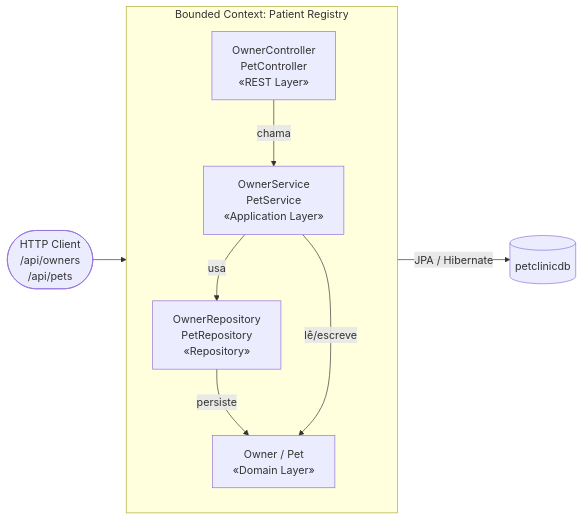
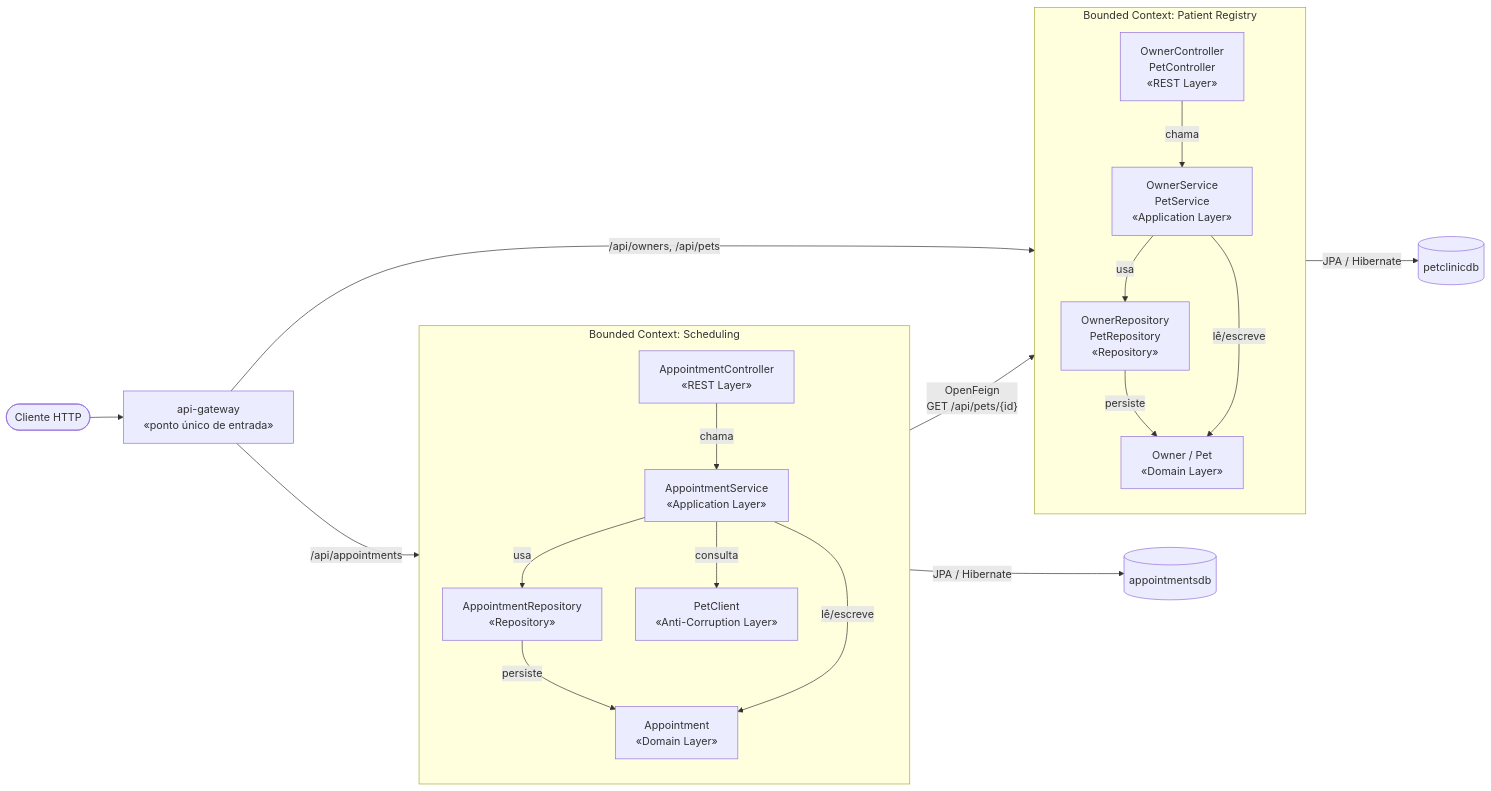
Before and after one commit to infnet-antonio-lemos/projeto-bloco-softwares-escalaveis: the third of 3 diagrams in docs/ddd-context-map.md, drawn with Mermaid. The commit also changed other lines of this file and 69 other files, not shown here.

````diff
--- a/docs/ddd-context-map.md
+++ b/docs/ddd-context-map.md
@@ -101,18 +178,39 @@
 ```mermaid
 flowchart LR
-    subgraph BC["Bounded Context: Patient Registry"]
+    HTTP(["Cliente HTTP"]) --> GW["api-gateway\n«ponto único de entrada»"]
+
+    subgraph BC1["Bounded Context: Patient Registry"]
         direction TB
         C["OwnerController\nPetController\n«REST Layer»"]
         S["OwnerService\nPetService\n«Application Layer»"]
         R["OwnerRepository\nPetRepository\n«Repository»"]
         E["Owner / Pet\n«Domain Layer»"]
 
         C -->|chama| S
         S -->|usa| R
         R -->|persiste| E
         S -->|lê/escreve| E
     end
 
-    HTTP(["HTTP Client\n/api/owners\n/api/pets"]) --> C
+    subgraph BC2["Bounded Context: Scheduling"]
+        direction TB
+        C2["AppointmentController\n«REST Layer»"]
+        S2["AppointmentService\n«Application Layer»"]
+        R2["AppointmentRepository\n«Repository»"]
+        E2["Appointment\n«Domain Layer»"]
+        F2["PetClient\n«Anti-Corruption Layer»"]
+
+        C2 -->|chama| S2
+        S2 -->|usa| R2
+        S2 -->|consulta| F2
+        R2 -->|persiste| E2
+        S2 -->|lê/escreve| E2
+    end
+
+    GW -->|"/api/owners, /api/pets"| C
+    GW -->|"/api/appointments"| C2
+    F2 -->|"OpenFeign\nGET /api/pets/{id}"| C
+
     E -->|JPA / Hibernate| DB[("petclinicdb")]
+    E2 -->|JPA / Hibernate| DB2[("appointmentsdb")]
 ```
````
